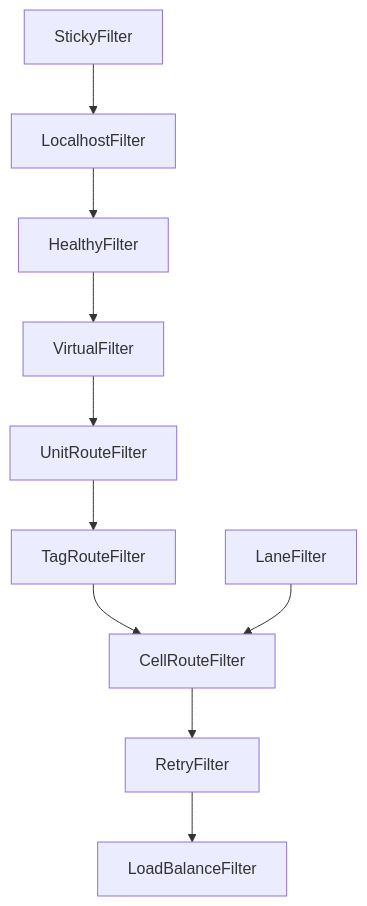
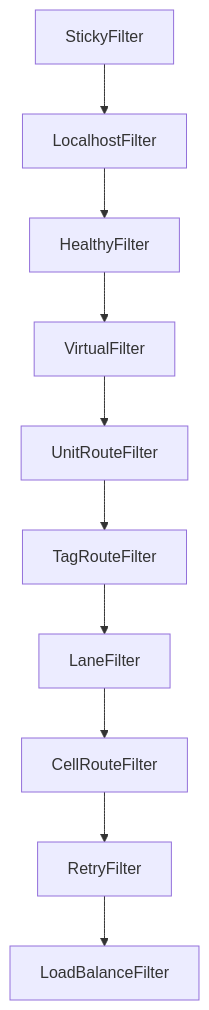
One commit to jd-opensource/joylive-agent changed diagram 12 of 12 in docs/cn/flowcontrol.md. Above: the diagram before and after it, drawn with Mermaid. The commit also changed other lines of this file and 2 other files, not shown here.

````diff
--- a/docs/cn/flowcontrol.md
+++ b/docs/cn/flowcontrol.md
@@ -1099,23 +1257,23 @@
 ```mermaid
 flowchart TB
     StickyFilter
     LocalhostFilter
     HealthyFilter
     VirtualFilter
     UnitRouteFilter
     TagRouteFilter
     LaneFilter
     CellRouteFilter
     RetryFilter
     LoadBalanceFilter
 
     StickyFilter --> LocalhostFilter
     LocalhostFilter --> HealthyFilter
     HealthyFilter --> VirtualFilter
     VirtualFilter --> UnitRouteFilter
     UnitRouteFilter --> TagRouteFilter
-    TagRouteFilter --> CellRouteFilter
+    TagRouteFilter --> LaneFilter
     LaneFilter --> CellRouteFilter
     CellRouteFilter --> RetryFilter
     RetryFilter --> LoadBalanceFilter
 ```
````
